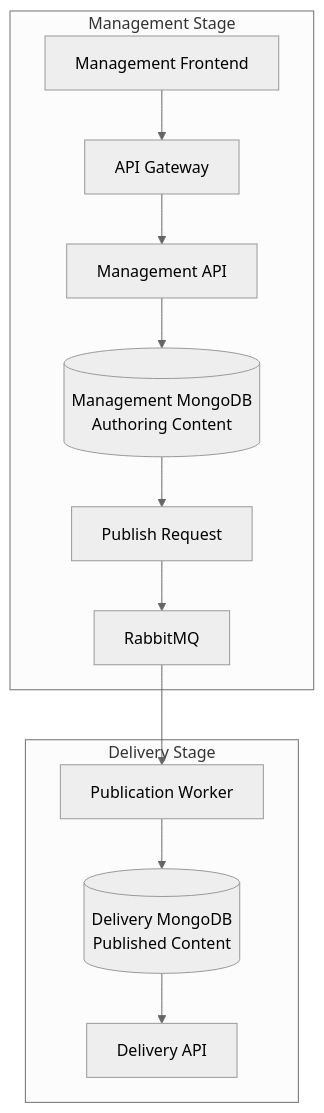
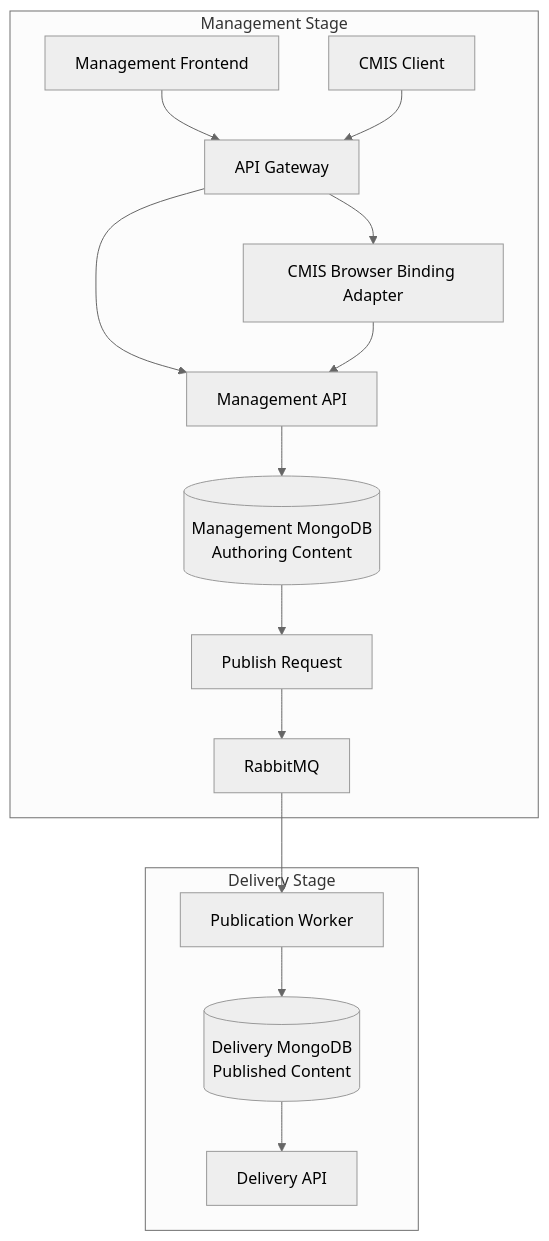
The diagram in docs/architecture.md (beshmo/tfm-ecm-platform), drawn with Mermaid (neutral theme) before and after one commit. The commit also changed other lines of this file and 23 other files, not shown here.

Commit message:
Add CMIS compatibility model and architecture docs

````diff
--- a/docs/architecture.md
+++ b/docs/architecture.md
@@ -49,28 +50,33 @@
 ```mermaid
 flowchart TD
   subgraph management["Management Stage"]
     frontend["Management Frontend"]
+    cmisClient["CMIS Client"]
     gateway["API Gateway"]
     managementApi["Management API"]
+    cmisApi["CMIS Browser Binding Adapter"]
     managementDb[("Management MongoDB<br/>Authoring Content")]
     publishRequest["Publish Request"]
     rabbitmq["RabbitMQ"]
 
     frontend --> gateway
+    cmisClient --> gateway
     gateway --> managementApi
+    gateway --> cmisApi
+    cmisApi --> managementApi
     managementApi --> managementDb
     managementDb --> publishRequest
     publishRequest --> rabbitmq
   end
 
   subgraph delivery["Delivery Stage"]
     worker["Publication Worker"]
     deliveryDb[("Delivery MongoDB<br/>Published Content")]
     deliveryApi["Delivery API"]
 
     worker --> deliveryDb
     deliveryDb --> deliveryApi
   end
 
   rabbitmq --> worker
 ```
````
